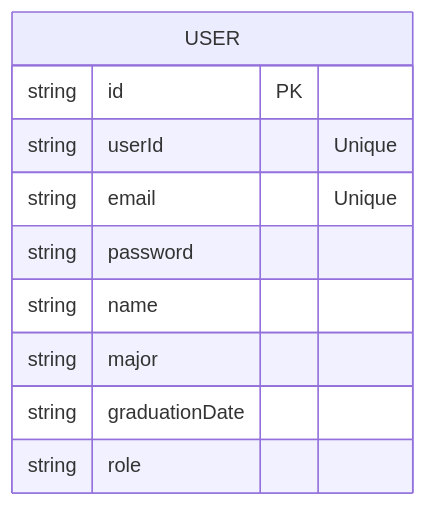
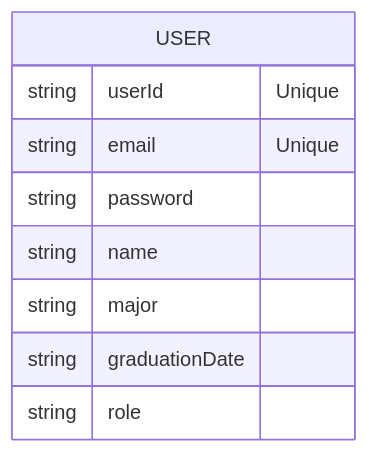
The fifth of 6 diagrams in README.md (andrewalvrz/VQT), drawn with Mermaid before and after one commit. The commit also changed other lines of this file, not shown here.

````diff
--- a/README.md
+++ b/README.md
@@ -80,13 +80,13 @@
 ```mermaid
 erDiagram
     USER {
-        string id PK
+
         string userId "Unique"
         string email "Unique"
         string password
         string name
         string major
         string graduationDate
         string role
     }
 ```
````
